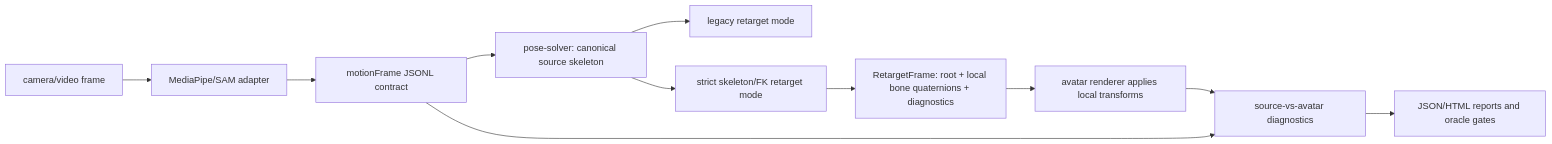
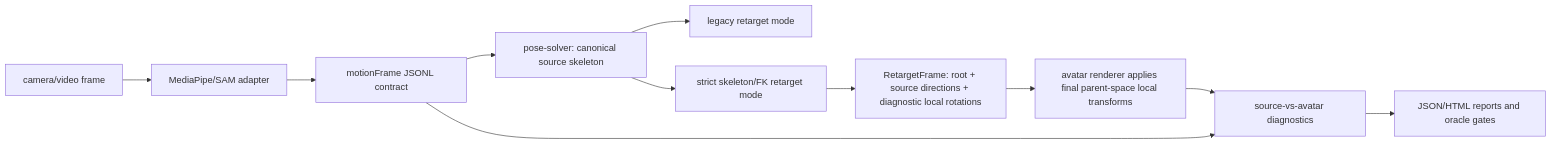
One commit to Creatorrrr/action-tracker changed the diagram in docs/strict-skeleton-fk-retarget-plan.md. Above: the diagram before and after it, drawn with Mermaid. The commit also changed other lines of this file and 11 other files, not shown here.

Commit message:
Implement strict skeleton retarget mode

````diff
--- a/docs/strict-skeleton-fk-retarget-plan.md
+++ b/docs/strict-skeleton-fk-retarget-plan.md
@@ -84,13 +84,13 @@
 ```mermaid
 flowchart LR
   Video["camera/video frame"] --> Tracker["MediaPipe/SAM adapter"]
   Tracker --> MotionFrame["motionFrame JSONL contract"]
   MotionFrame --> Solver["pose-solver: canonical source skeleton"]
   Solver --> Legacy["legacy retarget mode"]
   Solver --> Strict["strict skeleton/FK retarget mode"]
-  Strict --> Frame["RetargetFrame: root + local bone quaternions + diagnostics"]
-  Frame --> Avatar["avatar renderer applies local transforms"]
+  Strict --> Frame["RetargetFrame: root + source directions + diagnostic local rotations"]
+  Frame --> Avatar["avatar renderer applies final parent-space local transforms"]
   MotionFrame --> Compare["source-vs-avatar diagnostics"]
   Avatar --> Compare
   Compare --> Report["JSON/HTML reports and oracle gates"]
 ```
````
